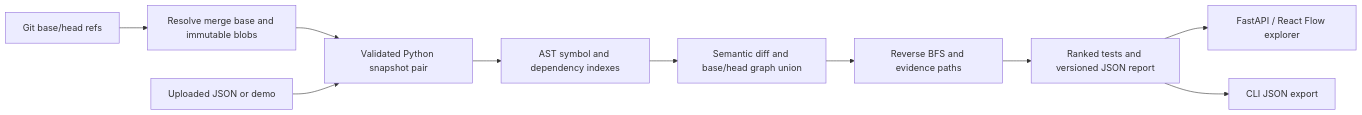
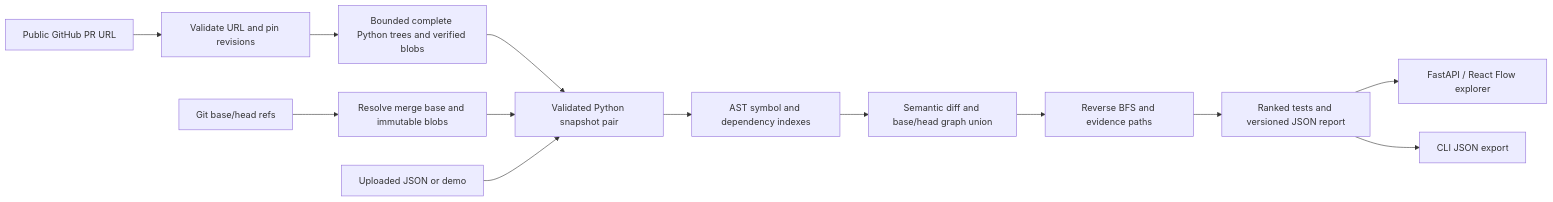
Before and after one commit to danielpan01/CodeImpact: the diagram in docs/ARCHITECTURE.md, drawn with Mermaid. The commit also changed other lines of this file and 17 other files, not shown here.

Commit message:
Add bounded public GitHub PR analysis

````diff
--- a/docs/ARCHITECTURE.md
+++ b/docs/ARCHITECTURE.md
@@ -7,12 +7,15 @@
 ```mermaid
 flowchart LR
     A[Git base/head refs] --> B[Resolve merge base and immutable blobs]
+    P[Public GitHub PR URL] --> Q[Validate URL and pin revisions]
+    Q --> R[Bounded complete Python trees and verified blobs]
+    R --> C
     B --> C[Validated Python snapshot pair]
     U[Uploaded JSON or demo] --> C
     C --> D[AST symbol and dependency indexes]
     D --> E[Semantic diff and base/head graph union]
     E --> F[Reverse BFS and evidence paths]
     F --> G[Ranked tests and versioned JSON report]
     G --> H[FastAPI / React Flow explorer]
     G --> I[CLI JSON export]
 ```
````
